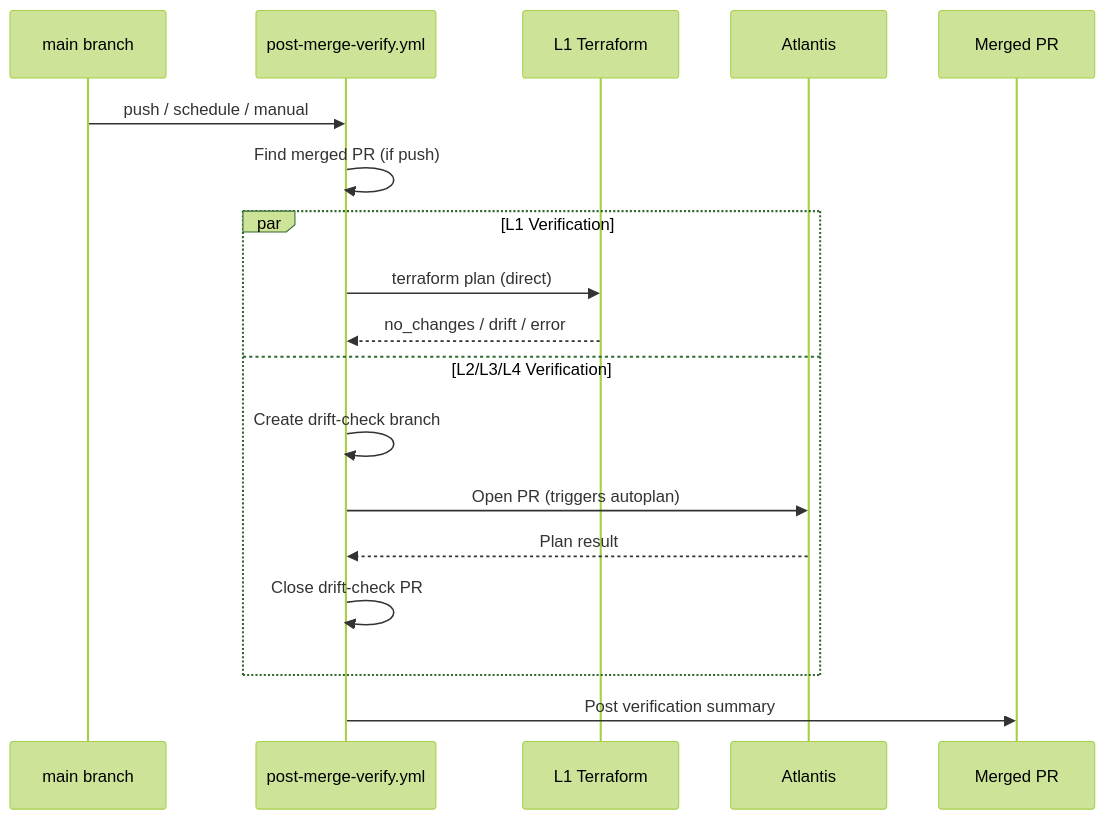
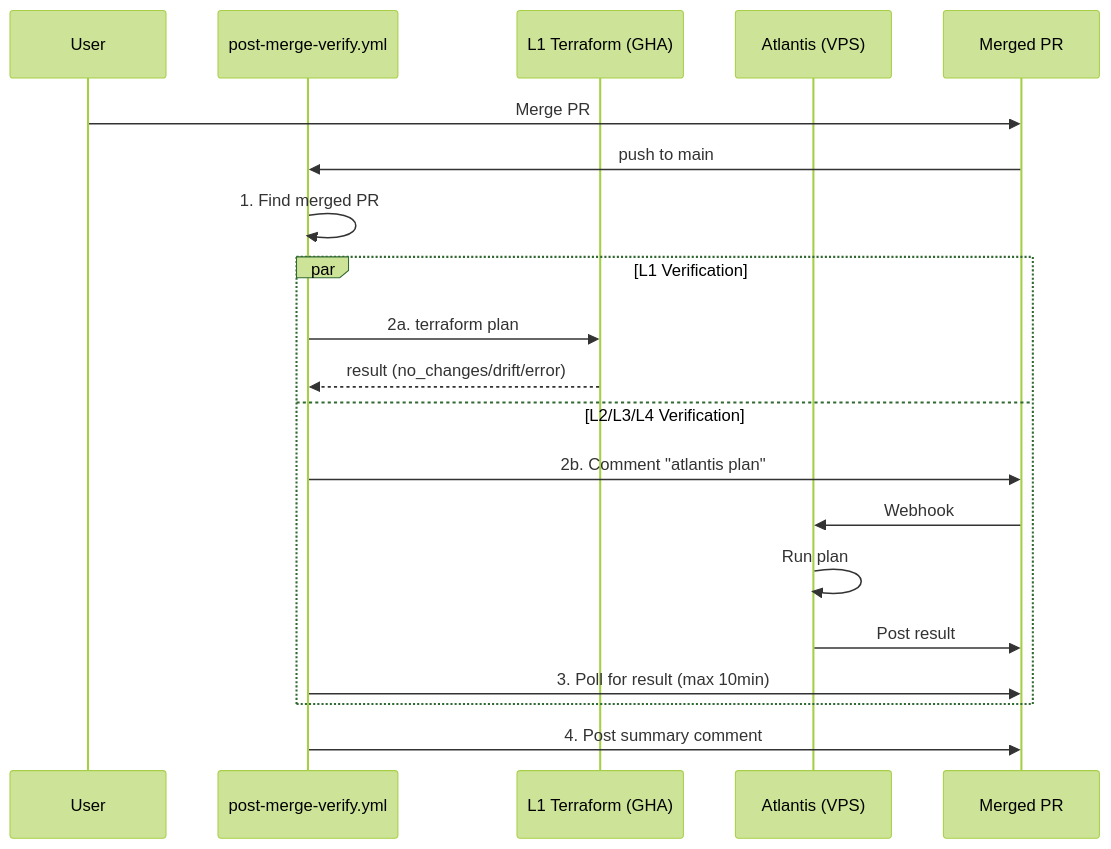
One commit to wangzitian0/infra changed the third of 6 diagrams in docs/ssot/ops.pipeline.md. Above: the diagram before and after it, drawn with Mermaid (forest theme). The commit also changed other lines of this file and 2 other files, not shown here.

First line of the commit message:
refactor(ci): simplify post-merge verification

````diff
--- a/docs/ssot/ops.pipeline.md
+++ b/docs/ssot/ops.pipeline.md
@@ -102,23 +95,26 @@
 ```mermaid
 sequenceDiagram
-    participant Main as main branch
+    participant User
     participant GHA as post-merge-verify.yml
-    participant L1 as L1 Terraform
-    participant Atlantis
-    participant PR as Merged PR
+    participant L1 as L1 Terraform (GHA)
+    participant Atlantis as Atlantis (VPS)
+    participant PR as Merged PR #xxx
 
-    Main->>GHA: push / schedule / manual
-    GHA->>GHA: Find merged PR (if push)
+    User->>PR: Merge PR
+    PR->>GHA: push to main
+
+    GHA->>GHA: 1. Find merged PR #xxx
 
     par L1 Verification
-        GHA->>L1: terraform plan (direct)
-        L1-->>GHA: no_changes / drift / error
+        GHA->>L1: 2a. terraform plan
+        L1-->>GHA: result (no_changes/drift/error)
     and L2/L3/L4 Verification
-        GHA->>GHA: Create drift-check branch
-        GHA->>Atlantis: Open PR (triggers autoplan)
-        Atlantis-->>GHA: Plan result
-        GHA->>GHA: Close drift-check PR
+        GHA->>PR: 2b. Comment "atlantis plan"
+        PR->>Atlantis: Webhook
+        Atlantis->>Atlantis: Run plan
+        Atlantis->>PR: Post result
+        GHA->>PR: 3. Poll for result (max 10min)
     end
 
-    GHA->>PR: Post verification summary
+    GHA->>PR: 4. Post summary comment
 ```
````
